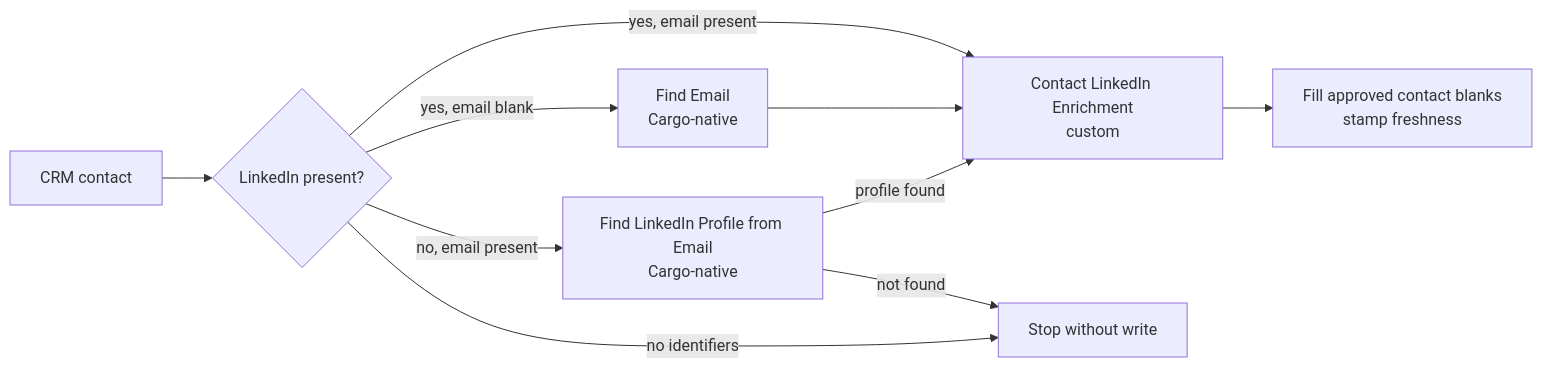
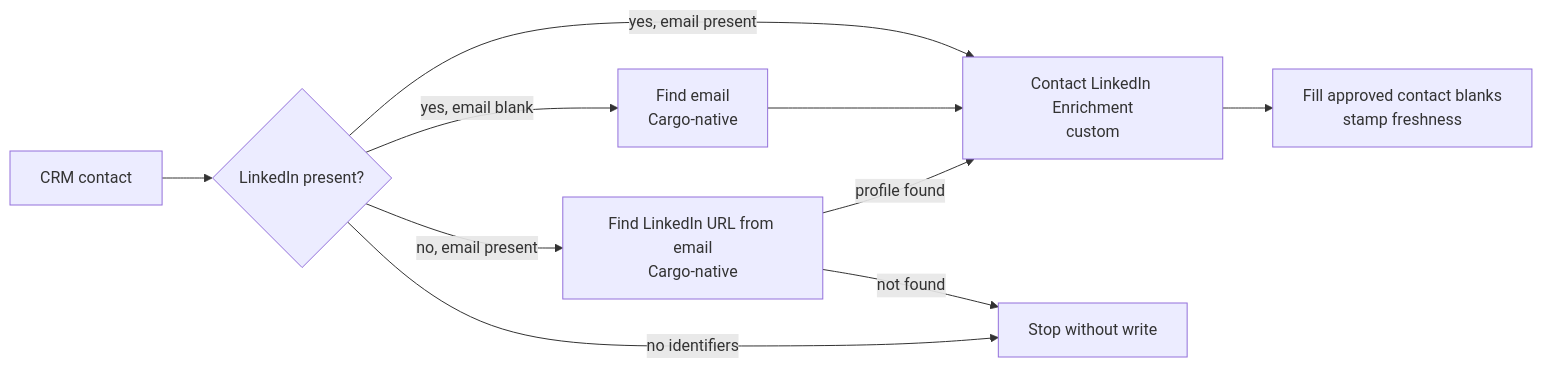
The second of 2 diagrams in crm-enrichment/README.md (getcargohq/gtm-skills), drawn with Mermaid before and after one commit. The commit also changed other lines of this file and 14 other files, not shown here.

````diff
--- a/crm-enrichment/README.md
+++ b/crm-enrichment/README.md
@@ -58,12 +58,12 @@
 ```mermaid
 flowchart LR
   contact["CRM contact"] --> linkedin{"LinkedIn present?"}
-  linkedin -->|yes, email blank| emailTool["Find Email<br/>Cargo-native"]
+  linkedin -->|yes, email blank| emailTool["Find email<br/>Cargo-native"]
   linkedin -->|yes, email present| profileTool["Contact LinkedIn Enrichment<br/>custom"]
   emailTool --> profileTool
-  linkedin -->|no, email present| linkedinTool["Find LinkedIn Profile from Email<br/>Cargo-native"]
+  linkedin -->|no, email present| linkedinTool["Find LinkedIn URL from email<br/>Cargo-native"]
   linkedinTool -->|profile found| profileTool
   linkedinTool -->|not found| stop["Stop without write"]
   linkedin -->|no identifiers| stop
   profileTool --> write["Fill approved contact blanks<br/>stamp freshness"]
 ```
````
